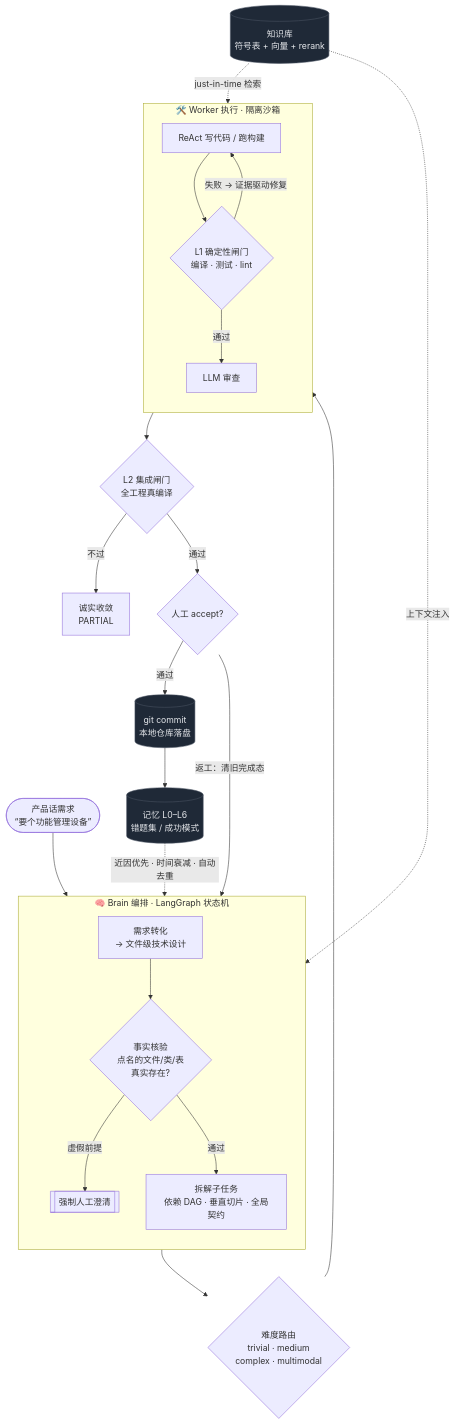
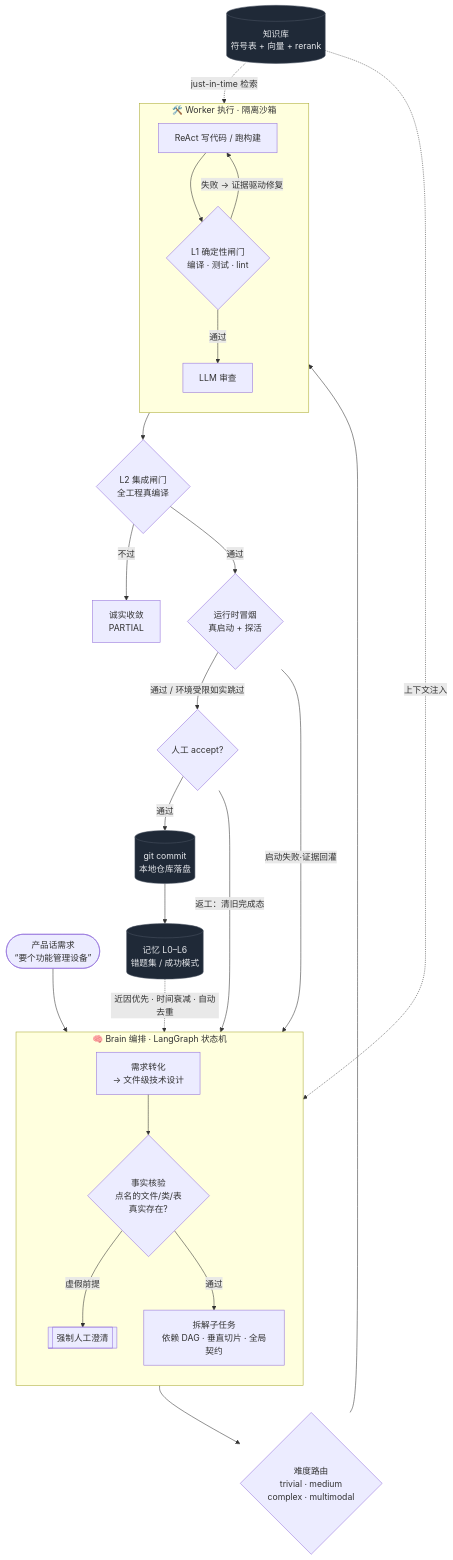
One commit to Victzhang79/Swarm changed the first of 4 diagrams in README.md. Above: the diagram before and after it, drawn with Mermaid. The commit also changed other lines of this file and 24 other files, not shown here.

````diff
--- a/README.md
+++ b/README.md
@@ -92,35 +92,37 @@
 ```mermaid
 flowchart TB
     U([产品话需求<br/>“要个功能管理设备”]) --> B1
 
     subgraph Brain["🧠 Brain 编排 · LangGraph 状态机"]
         direction TB
         B1[需求转化<br/>→ 文件级技术设计] --> B2{事实核验<br/>点名的文件/类/表<br/>真实存在?}
         B2 -->|虚假前提| HC[[强制人工澄清]]
         B2 -->|通过| B3[拆解子任务<br/>依赖 DAG · 垂直切片 · 全局契约]
     end
 
     B3 --> R{难度路由<br/>trivial · medium<br/>complex · multimodal}
 
     subgraph Worker["🛠️ Worker 执行 · 隔离沙箱"]
         direction TB
         W1[ReAct 写代码 / 跑构建] --> G{L1 确定性闸门<br/>编译 · 测试 · lint}
         G -->|失败 → 证据驱动修复| W1
         G -->|通过| LR[LLM 审查]
     end
 
     R --> W1
     LR --> L2{L2 集成闸门<br/>全工程真编译}
     L2 -->|不过| PT[诚实收敛<br/>PARTIAL]
-    L2 -->|通过| HM{人工 accept?}
+    L2 -->|通过| RT{运行时冒烟<br/>真启动 + 探活}
+    RT -->|启动失败·证据回灌| B3
+    RT -->|通过 / 环境受限如实跳过| HM{人工 accept?}
     HM -->|返工：清旧完成态| B3
     HM -->|通过| CM[(git commit<br/>本地仓库落盘)]
     CM --> MEM[(记忆 L0–L6<br/>错题集 / 成功模式)]
 
     KB[(知识库<br/>符号表 + 向量 + rerank)] -. 上下文注入 .-> B3
     KB -. just-in-time 检索 .-> W1
     MEM -. 近因优先 · 时间衰减 · 自动去重 .-> B1
 
     classDef store fill:#1f2937,stroke:#4b5563,color:#e5e7eb;
     class MEM,KB,CM store;
 ```
````
